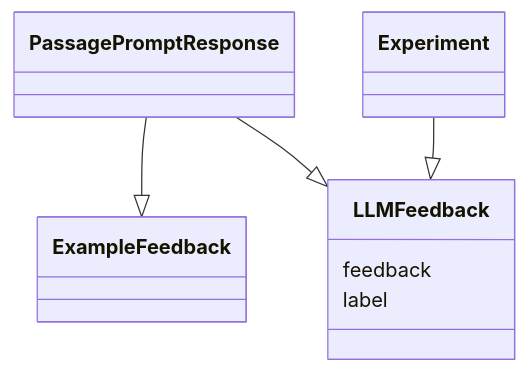
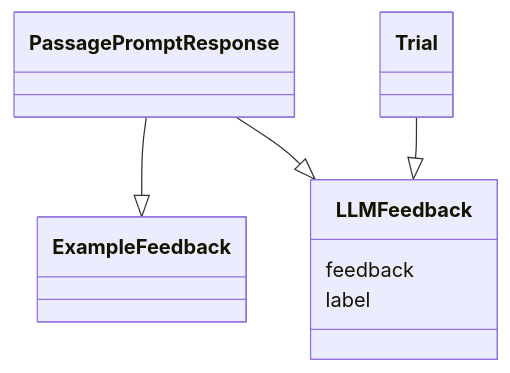
The third of 3 diagrams in services/QuillLMS/engines/evidence/app/models/evidence/research/readme.md (empirical-org/Empirical-Core), drawn with Mermaid before and after one commit. The commit also changed other lines of this file and 27 other files, not shown here.

Commit message:
Refactor experiment to trial

````diff
--- a/services/QuillLMS/engines/evidence/app/models/evidence/research/readme.md
+++ b/services/QuillLMS/engines/evidence/app/models/evidence/research/readme.md
@@ -61,14 +61,14 @@
 ```mermaid
 classDiagram
     class PassagePromptResponse {
     }
     class ExampleFeedback {
     }
     class LLMFeedback {
         feedback
         label
     }
     PassagePromptResponse --|> ExampleFeedback
     PassagePromptResponse --|> LLMFeedback
-    Experiment --|> LLMFeedback
+    Trial --|> LLMFeedback
 ```
````
